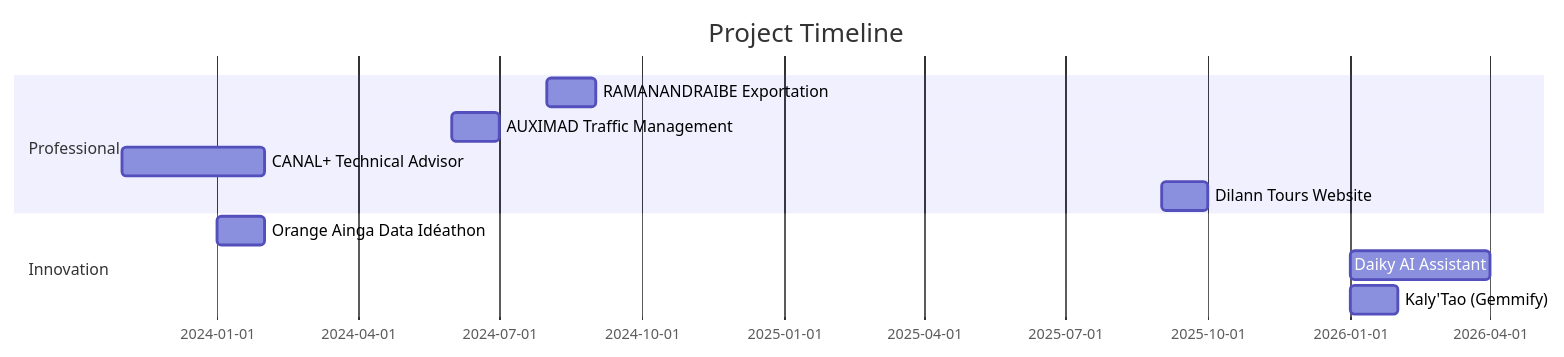
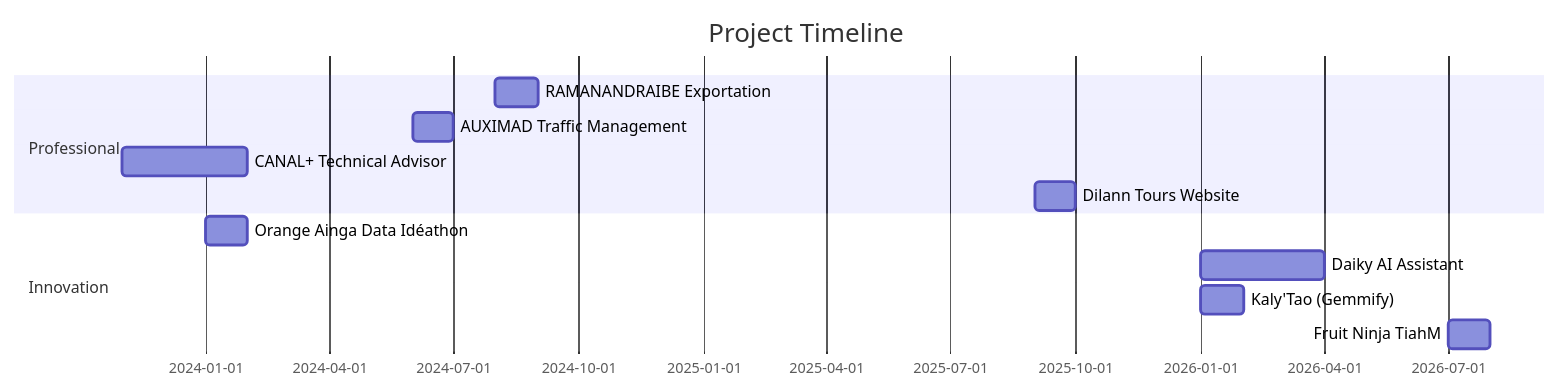
The diagram in Project.md (TiahMHeranto/TiahMHeranto), drawn with Mermaid before and after one commit. The commit also changed other lines of this file, not shown here.

````diff
--- a/Project.md
+++ b/Project.md
@@ -240,14 +286,15 @@
 ```mermaid
 gantt
     title Project Timeline
     dateFormat  YYYY-MM
     section Professional
     RAMANANDRAIBE Exportation           :2024-08, 1M
     AUXIMAD Traffic Management           :2024-06, 1M
     CANAL+ Technical Advisor             :2023-11, 3M
     Dilann Tours Website                 :2025-09, 1M
     section Innovation
     Orange Ainga Data Idéathon           :2024, 1M
     Daiky AI Assistant                   :2026, 3M
     Kaly'Tao (Gemmify)                   :2026, 1M
+    Fruit Ninja TiahM                    :2026-07, 1M
 ```
````
